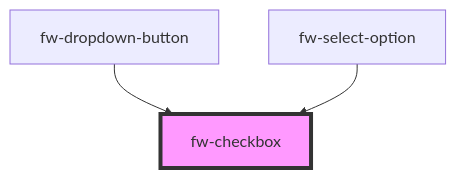
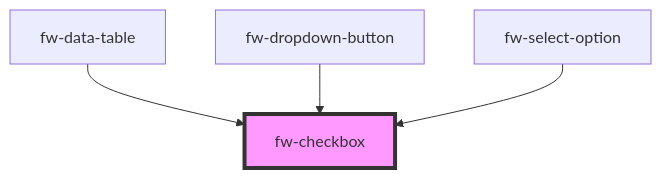
One commit to freshworks/crayons changed the diagram in packages/crayons-core/src/components/checkbox/readme.md. Above: the diagram before and after it, drawn with Mermaid. The commit also changed other lines of this file and 7 other files, not shown here.

Commit message:
feat(data-table): adding a new DataTable component

````diff
--- a/packages/crayons-core/src/components/checkbox/readme.md
+++ b/packages/crayons-core/src/components/checkbox/readme.md
@@ -67,6 +68,7 @@
 ```mermaid
 graph TD;
+  fw-data-table --> fw-checkbox
   fw-dropdown-button --> fw-checkbox
   fw-select-option --> fw-checkbox
   style fw-checkbox fill:#f9f,stroke:#333,stroke-width:4px
 ```
````
